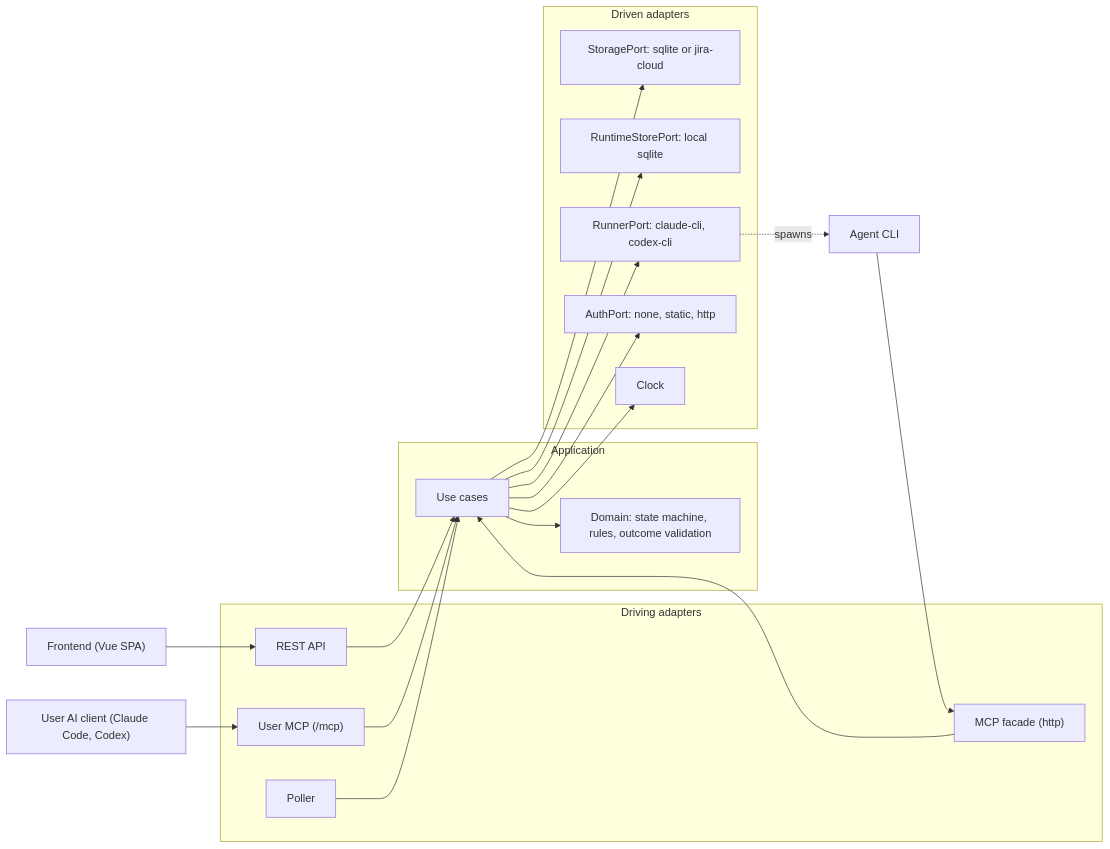
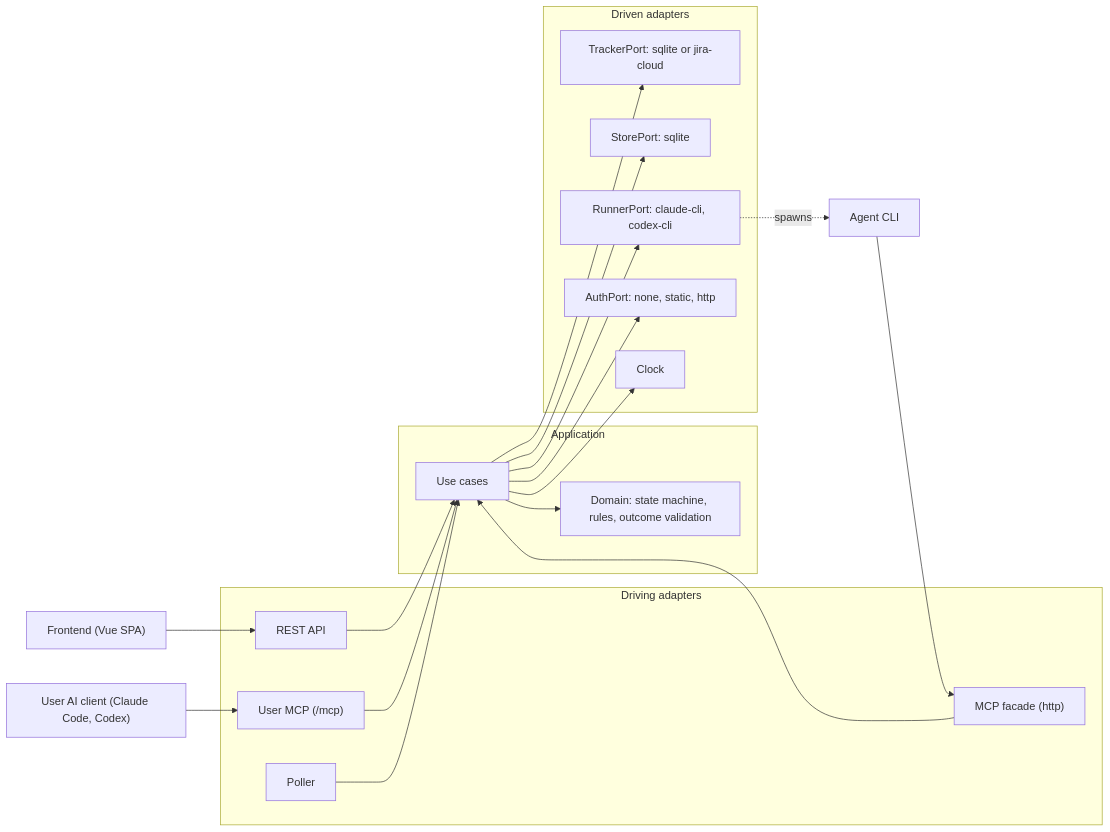
Before and after one commit to bingeli1379/tasuki: the first of 3 diagrams in docs/architecture.md, drawn with Mermaid. The commit also changed other lines of this file and 11 other files, not shown here.

````diff
--- a/docs/architecture.md
+++ b/docs/architecture.md
@@ -16,38 +16,38 @@
 ```mermaid
 flowchart LR
   FE["Frontend (Vue SPA)"] --> REST
   AG["Agent CLI"] --> MCP
   UA["User AI client (Claude Code, Codex)"] --> UMCP
 
   subgraph Driving["Driving adapters"]
     REST["REST API"]
     MCP["MCP facade (http)"]
     UMCP["User MCP (/mcp)"]
     POLL["Poller"]
   end
 
   subgraph App["Application"]
     UC["Use cases"]
     DOM["Domain: state machine, rules, outcome validation"]
   end
 
   subgraph Driven["Driven adapters"]
-    ST["StoragePort: sqlite or jira-cloud"]
-    RT["RuntimeStorePort: local sqlite"]
+    ST["TrackerPort: sqlite or jira-cloud"]
+    RT["StorePort: sqlite"]
     RUN["RunnerPort: claude-cli, codex-cli"]
     AUTH["AuthPort: none, static, http"]
     CLK["Clock"]
   end
 
   REST --> UC
   MCP --> UC
   UMCP --> UC
   POLL --> UC
   UC --> DOM
   UC --> ST
   UC --> RT
   UC --> RUN
   UC --> AUTH
   UC --> CLK
   RUN -. spawns .-> AG
 ```
````
